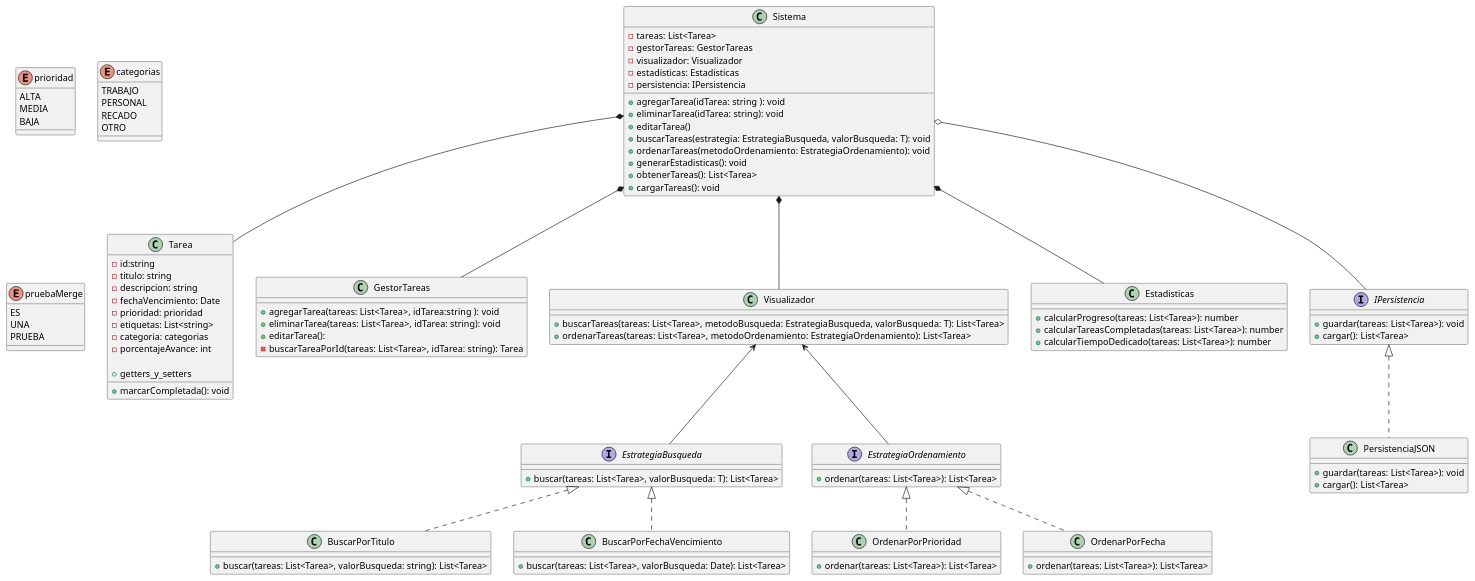
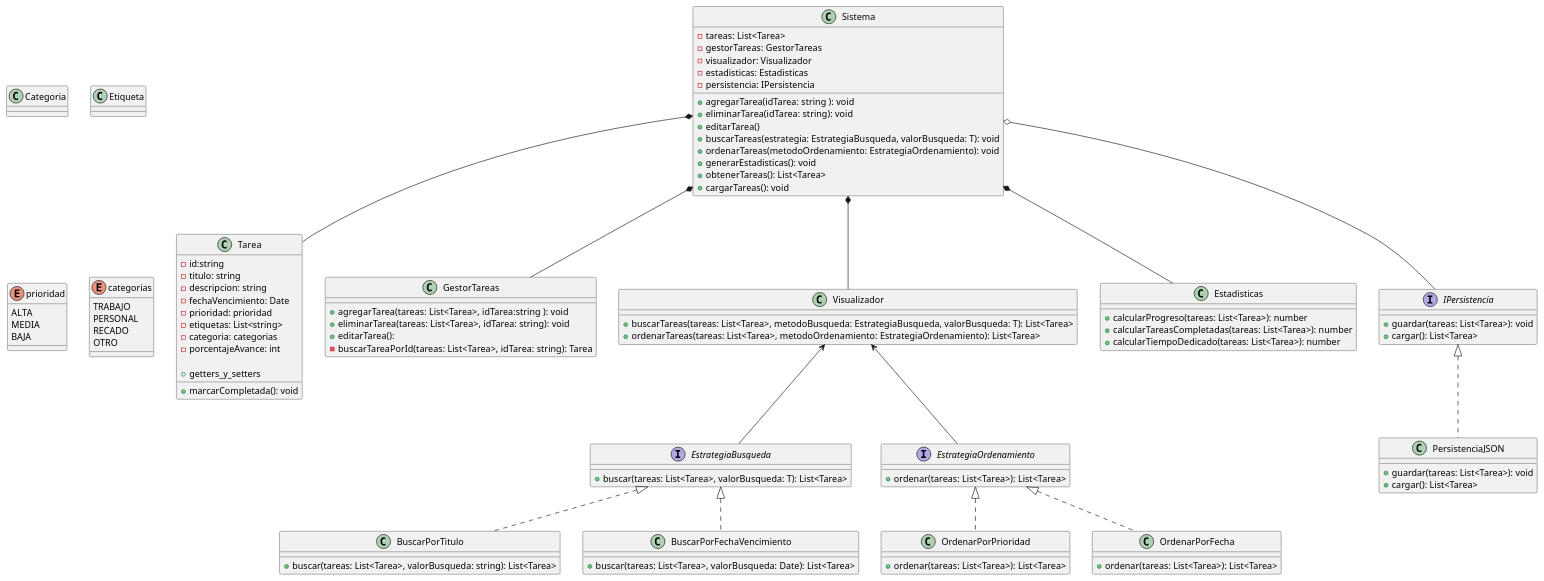
Before and after one commit to Luly88/programacion2: the diagram in UML/diagrama.puml, drawn with PlantUML.

Commit message:
quito el enum de prueba y agrego las clases categoria y etiqueta

```diff
--- a/UML/diagrama.puml
+++ b/UML/diagrama.puml
@@ -1,117 +1,121 @@
 @startuml TODO_app
 ' Definición de clases
 class Sistema {
   - tareas: List<Tarea>
   - gestorTareas: GestorTareas
   - visualizador: Visualizador
   - estadisticas: Estadisticas
   - persistencia: IPersistencia
   + agregarTarea(idTarea: string ): void
   + eliminarTarea(idTarea: string): void
   + editarTarea()
   + buscarTareas(estrategia: EstrategiaBusqueda, valorBusqueda: T): void
   + ordenarTareas(metodoOrdenamiento: EstrategiaOrdenamiento): void
   + generarEstadisticas(): void
   + obtenerTareas(): List<Tarea>
   + cargarTareas(): void
 }
 
 
 class Tarea {
   -id:string
   - titulo: string
   - descripcion: string
   - fechaVencimiento: Date
   - prioridad: prioridad
   - etiquetas: List<string>
   - categoria: categorias
   - porcentajeAvance: int
   
   + getters_y_setters
   + marcarCompletada(): void
 }
 
 class GestorTareas {
   + agregarTarea(tareas: List<Tarea>, idTarea:string ): void
   + eliminarTarea(tareas: List<Tarea>, idTarea: string): void
   + editarTarea(): 
   - buscarTareaPorId(tareas: List<Tarea>, idTarea: string): Tarea
 }
 
 
 class Visualizador {
   + buscarTareas(tareas: List<Tarea>, metodoBusqueda: EstrategiaBusqueda, valorBusqueda: T): List<Tarea>
   + ordenarTareas(tareas: List<Tarea>, metodoOrdenamiento: EstrategiaOrdenamiento): List<Tarea>
+}
+
+class Categoria{
+
+}
+
+class Etiqueta {
+
 }
 
 
 interface EstrategiaBusqueda {
   + buscar(tareas: List<Tarea>, valorBusqueda: T): List<Tarea>
 }
 
 class BuscarPorTitulo implements EstrategiaBusqueda {
   + buscar(tareas: List<Tarea>, valorBusqueda: string): List<Tarea>
 }
 
 class BuscarPorFechaVencimiento implements EstrategiaBusqueda {
   + buscar(tareas: List<Tarea>, valorBusqueda: Date): List<Tarea>
 }
 
 interface EstrategiaOrdenamiento {
   + ordenar(tareas: List<Tarea>): List<Tarea>
 }
 
 class OrdenarPorPrioridad implements EstrategiaOrdenamiento {
   + ordenar(tareas: List<Tarea>): List<Tarea>
 }
 
 class OrdenarPorFecha implements EstrategiaOrdenamiento {
   + ordenar(tareas: List<Tarea>): List<Tarea>
 }
 
 class Estadisticas {
   + calcularProgreso(tareas: List<Tarea>): number
   + calcularTareasCompletadas(tareas: List<Tarea>): number
   + calcularTiempoDedicado(tareas: List<Tarea>): number
 }
 
 interface IPersistencia {
   + guardar(tareas: List<Tarea>): void
   + cargar(): List<Tarea>
 }
 
 class PersistenciaJSON implements IPersistencia {
   + guardar(tareas: List<Tarea>): void
   + cargar(): List<Tarea>
 }
 
 'ENUM
 enum prioridad{
   ALTA
     MEDIA
     BAJA
   }
   enum categorias{
     TRABAJO
     PERSONAL
     RECADO
     OTRO
   }
 
- enum pruebaMerge{
-    ES 
-    UNA  
-    PRUEBA  
-  }
+ 
 
   ' Relaciones
   Sistema *-- Tarea
   Sistema *-- GestorTareas
   Sistema *-- Visualizador
   Sistema *-- Estadisticas
   Sistema o-- IPersistencia
 
   Visualizador <-- EstrategiaBusqueda
   Visualizador <-- EstrategiaOrdenamiento
 
   @enduml
```
